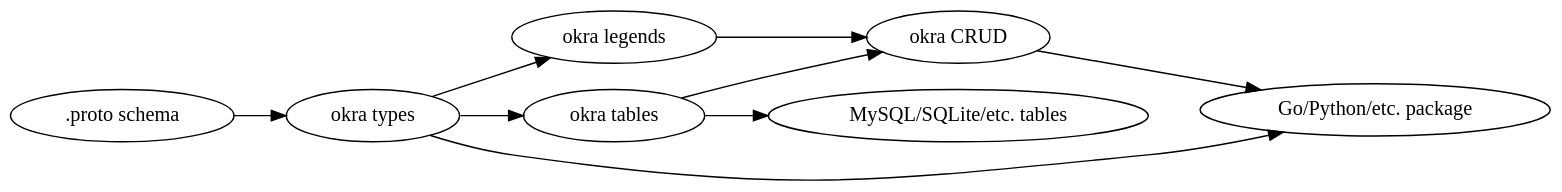
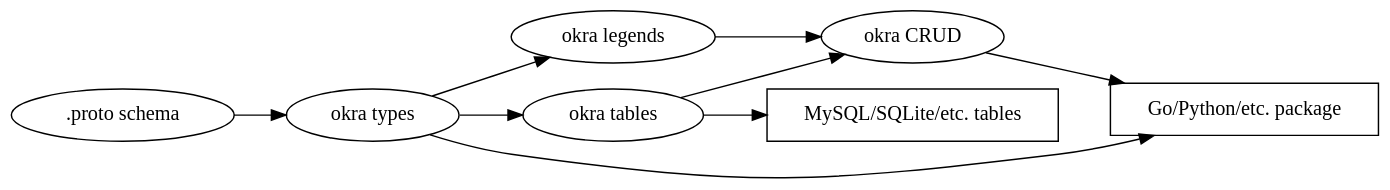
Before and after one commit to dgoffredo/okra: the diagram in images/dataflow.dot, drawn with Graphviz. The commit also changed 1 other file, not shown here.

Commit message:
again, update the diagram in the readme

```diff
--- a/images/dataflow.dot
+++ b/images/dataflow.dot
@@ -1,13 +1,21 @@
 digraph {
     bgcolor="transparent"
-    rankdir=LR
+    rankdir=LR // left-to-right
 
     ".proto schema" -> "okra types"
     "okra types" -> "okra tables"
     "okra types" -> "okra legends"
     "okra tables" -> "okra CRUD"
     "okra legends" -> "okra CRUD"
+
+    // The SQL tables are an output, so the node is a box.
+    "MySQL/SQLite/etc. tables" [shape=box]
+
     "okra tables" -> "MySQL/SQLite/etc. tables"
+
+    // The Go/Python/etc. code is an output, so the node is a box.
+    "Go/Python/etc. package" [shape=box]
+
     "okra CRUD" -> "Go/Python/etc. package"
     "okra types" -> "Go/Python/etc. package"
 }
```
